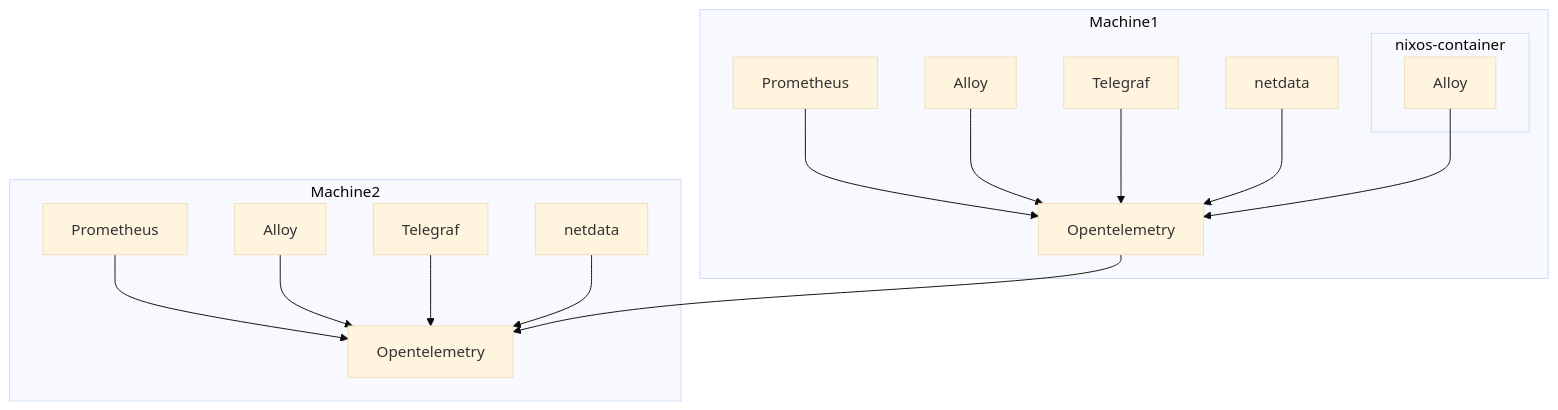
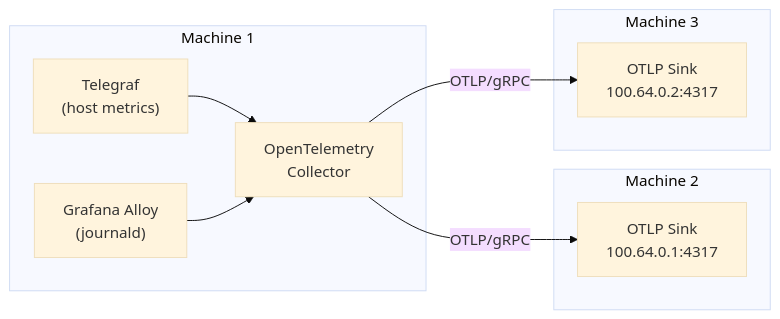
One commit to mrVanDalo/nixos-telemetry changed the third of 3 diagrams in README.md. Above: the diagram before and after it, drawn with Mermaid (base theme). The commit also changed other lines of this file and 29 other files, not shown here.

````diff
--- a/README.md
+++ b/README.md
@@ -11,24 +101,18 @@
 ```mermaid
-graph TD;
-    subgraph Machine1
-        Opentelemetry1["Opentelemetry"]
-        Prometheus1["Prometheus"] --> Opentelemetry1
-        Alloy1["Alloy"] --> Opentelemetry1
-        Telegraf1["Telegraf"] --> Opentelemetry1
-        netdata1["netdata"] --> Opentelemetry1
-        subgraph nixos-container
-            Alloy3["Alloy"]
-        end
-        Alloy3 --> Opentelemetry1
+graph LR
+    subgraph Machine1["Machine 1"]
+        Telegraf["Telegraf<br/>(host metrics)"]
+        Alloy["Grafana Alloy<br/>(journald)"]
+        OTel["OpenTelemetry<br/>Collector"]
     end
-
-    subgraph Machine2
-        Opentelemetry2["Opentelemetry"]
-        Prometheus2["Prometheus"] --> Opentelemetry2
-        Alloy2["Alloy"] --> Opentelemetry2
-        Telegraf2["Telegraf"] --> Opentelemetry2
-        netdata2["netdata"] --> Opentelemetry2
+    subgraph Machine2["Machine 2"]
+        Primary["OTLP Sink<br/>100.64.0.1:4317"]
     end
-
-    Opentelemetry1 --> Opentelemetry2
+    subgraph Machine3["Machine 3"]
+        Secondary["OTLP Sink<br/>100.64.0.2:4317"]
+    end
+    Telegraf --> OTel
+    Alloy --> OTel
+    OTel -->|OTLP/gRPC| Primary
+    OTel -->|OTLP/gRPC| Secondary
 ```
````
